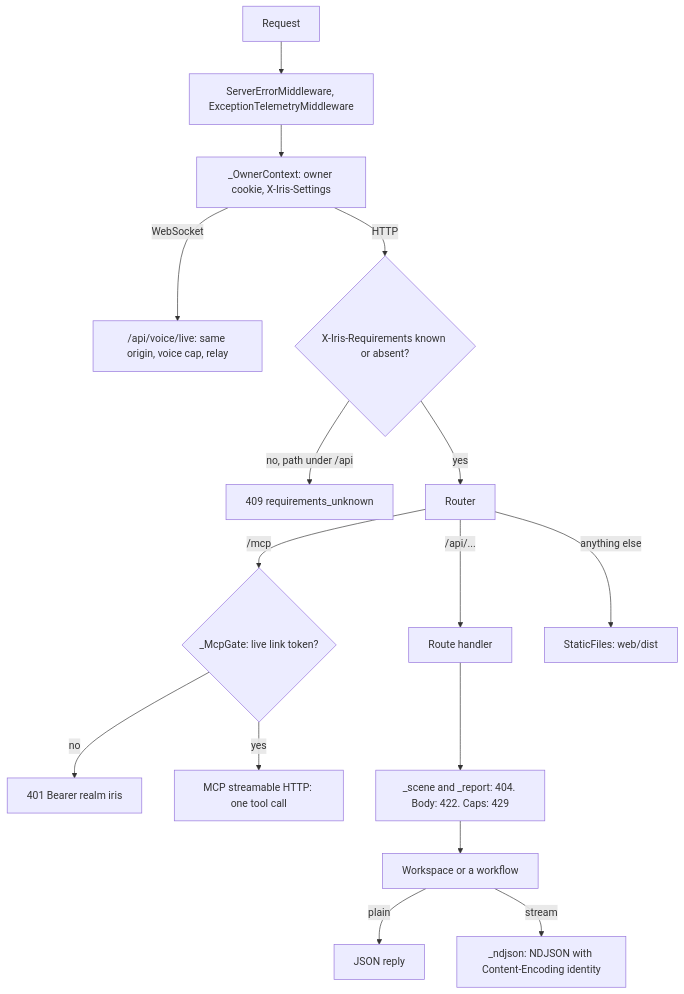
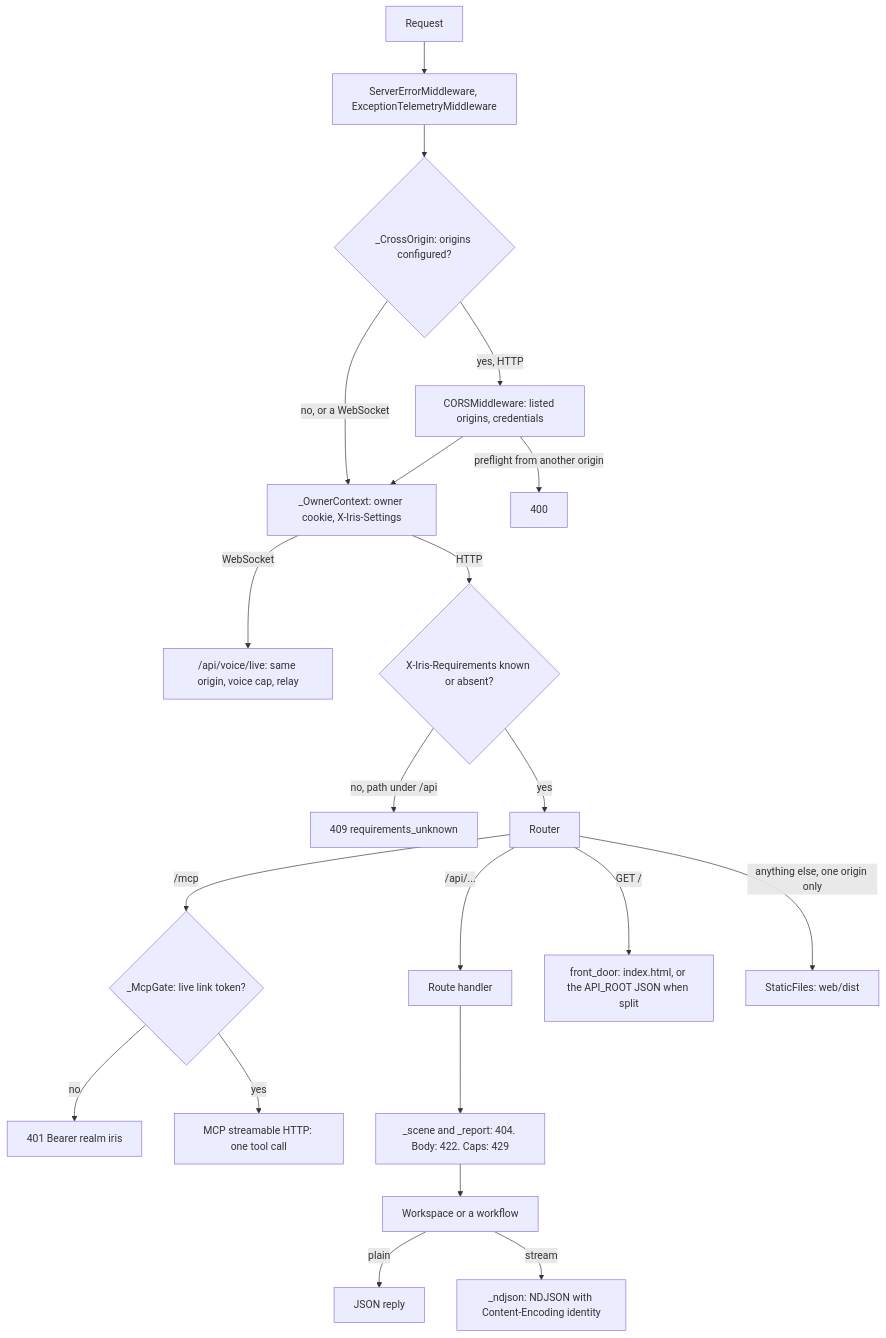
Before and after one commit to Saravana-Rajan/IRIS: the fourth of 4 diagrams in docs/architecture/02-system-architecture.md, drawn with Mermaid. The commit also changed other lines of this file and 36 other files, not shown here.

First line of the commit message:
Auto-deploy: push to main deploys FastAPI to Cloud Run (iris-api) and React to Firebase Hosting

````diff
--- a/docs/architecture/02-system-architecture.md
+++ b/docs/architecture/02-system-architecture.md
@@ -282,18 +319,23 @@
 ```mermaid
 flowchart TD
   req["Request"] --> outer["ServerErrorMiddleware, ExceptionTelemetryMiddleware"]
-  outer --> oc["_OwnerContext: owner cookie, X-Iris-Settings"]
+  outer --> cors{"_CrossOrigin: origins configured?"}
+  cors -->|"no, or a WebSocket"| oc["_OwnerContext: owner cookie, X-Iris-Settings"]
+  cors -->|"yes, HTTP"| corsMw["CORSMiddleware: listed origins, credentials"]
+  corsMw -->|"preflight from another origin"| e400["400"]
+  corsMw --> oc
   oc -->|"WebSocket"| voice["/api/voice/live: same origin, voice cap, relay"]
   oc -->|"HTTP"| known{"X-Iris-Requirements known or absent?"}
   known -->|"no, path under /api"| e409["409 requirements_unknown"]
   known -->|"yes"| router["Router"]
   router -->|"/mcp"| gate{"_McpGate: live link token?"}
   gate -->|"no"| e401["401 Bearer realm iris"]
   gate -->|"yes"| mcpApp["MCP streamable HTTP: one tool call"]
   router -->|"/api/..."| handler["Route handler"]
   handler --> checks["_scene and _report: 404. Body: 422. Caps: 429"]
   checks --> work["Workspace or a workflow"]
   work -->|"plain"| reply["JSON reply"]
   work -->|"stream"| nd["_ndjson: NDJSON with Content-Encoding identity"]
-  router -->|"anything else"| files["StaticFiles: web/dist"]
+  router -->|"GET /"| door["front_door: index.html, or the API_ROOT JSON when split"]
+  router -->|"anything else, one origin only"| files["StaticFiles: web/dist"]
 ```
````
